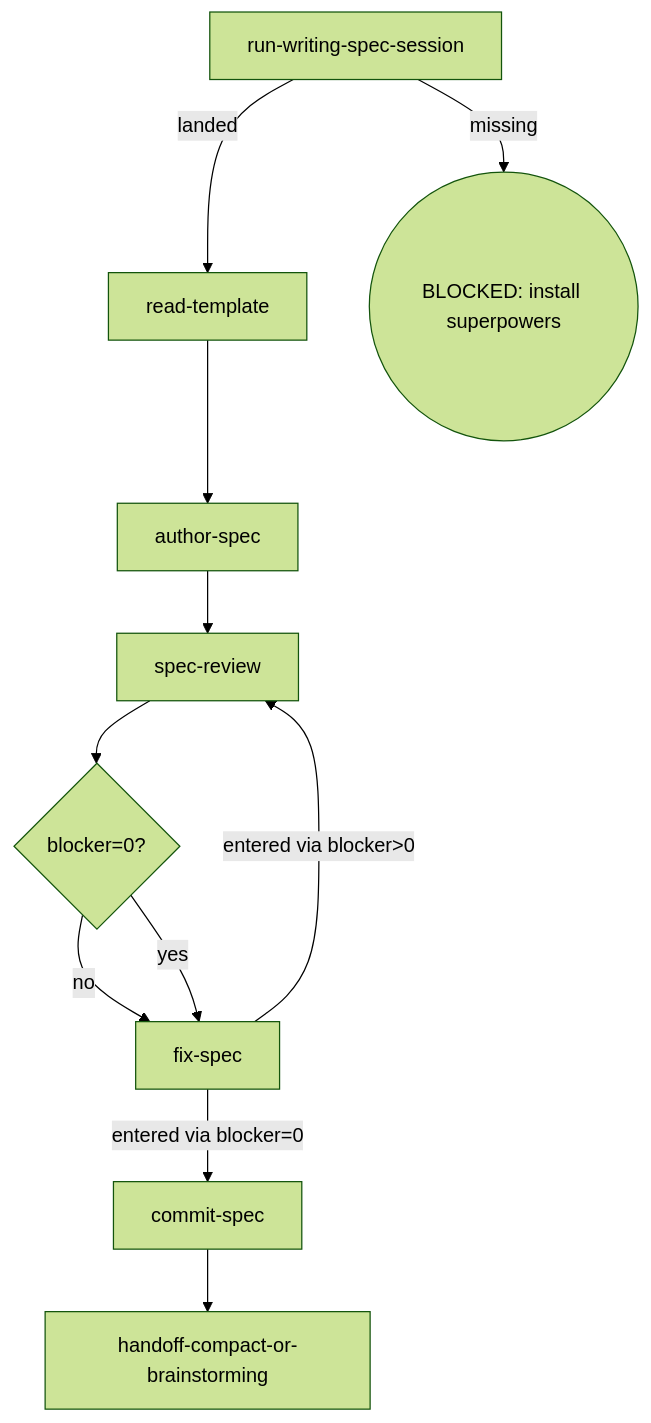
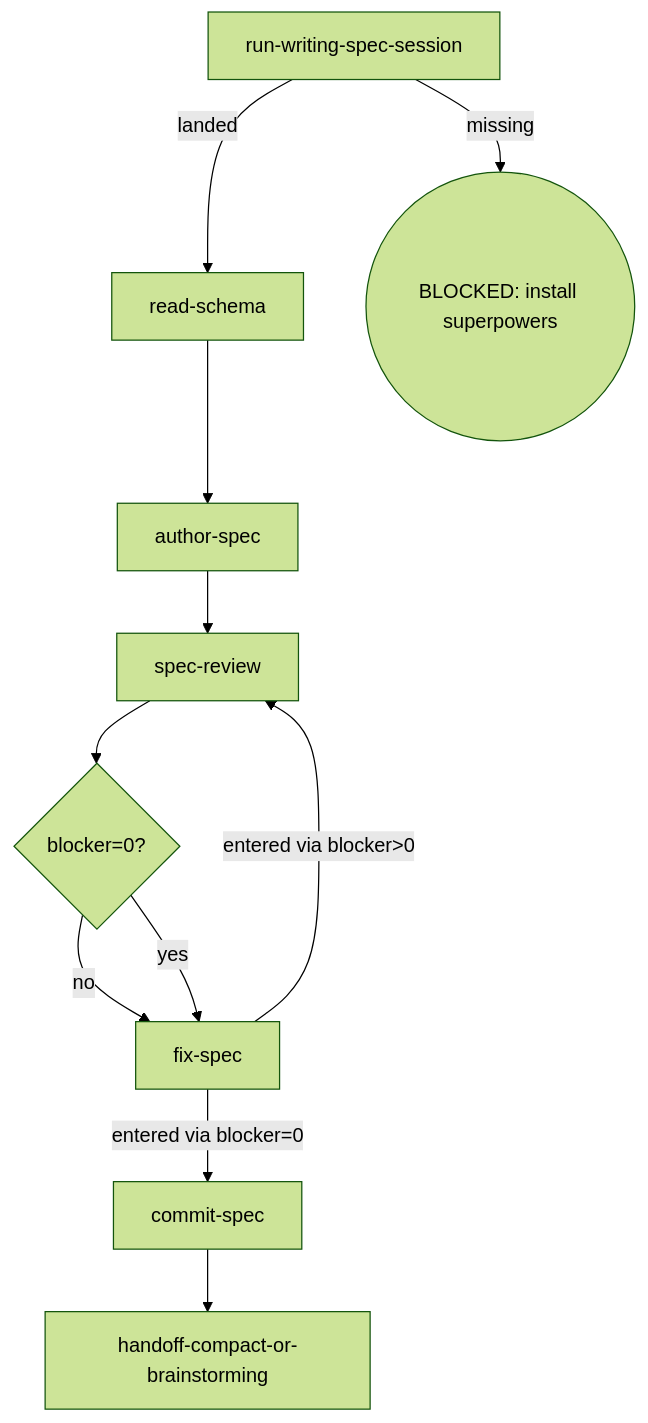
One commit to Oscaner/skills changed the diagram in packages/osuperpowers/skills/writing-overall-spec/SKILL.md. Above: the diagram before and after it, drawn with Mermaid (forest theme). The commit also changed other lines of this file and 16 other files, not shown here.

First line of the commit message:
feat(cdd-engine): schema-derived doc-structure tokens + md template retirement

````diff
--- a/packages/osuperpowers/skills/writing-overall-spec/SKILL.md
+++ b/packages/osuperpowers/skills/writing-overall-spec/SKILL.md
@@ -12,13 +12,13 @@
 ```mermaid
 flowchart TD
-  A[run-writing-spec-session] -->|landed| B[read-template]
+  A[run-writing-spec-session] -->|landed| B[read-schema]
   A -->|missing| Z1((BLOCKED: install superpowers))
   B --> C[author-spec]
   C --> D[spec-review]
   D --> E{blocker=0?}
   E -->|no| F[fix-spec]
   E -->|yes| F
   F -->|entered via blocker>0| D
   F -->|entered via blocker=0| H[commit-spec]
   H --> I[handoff-compact-or-brainstorming]
 ```
````
